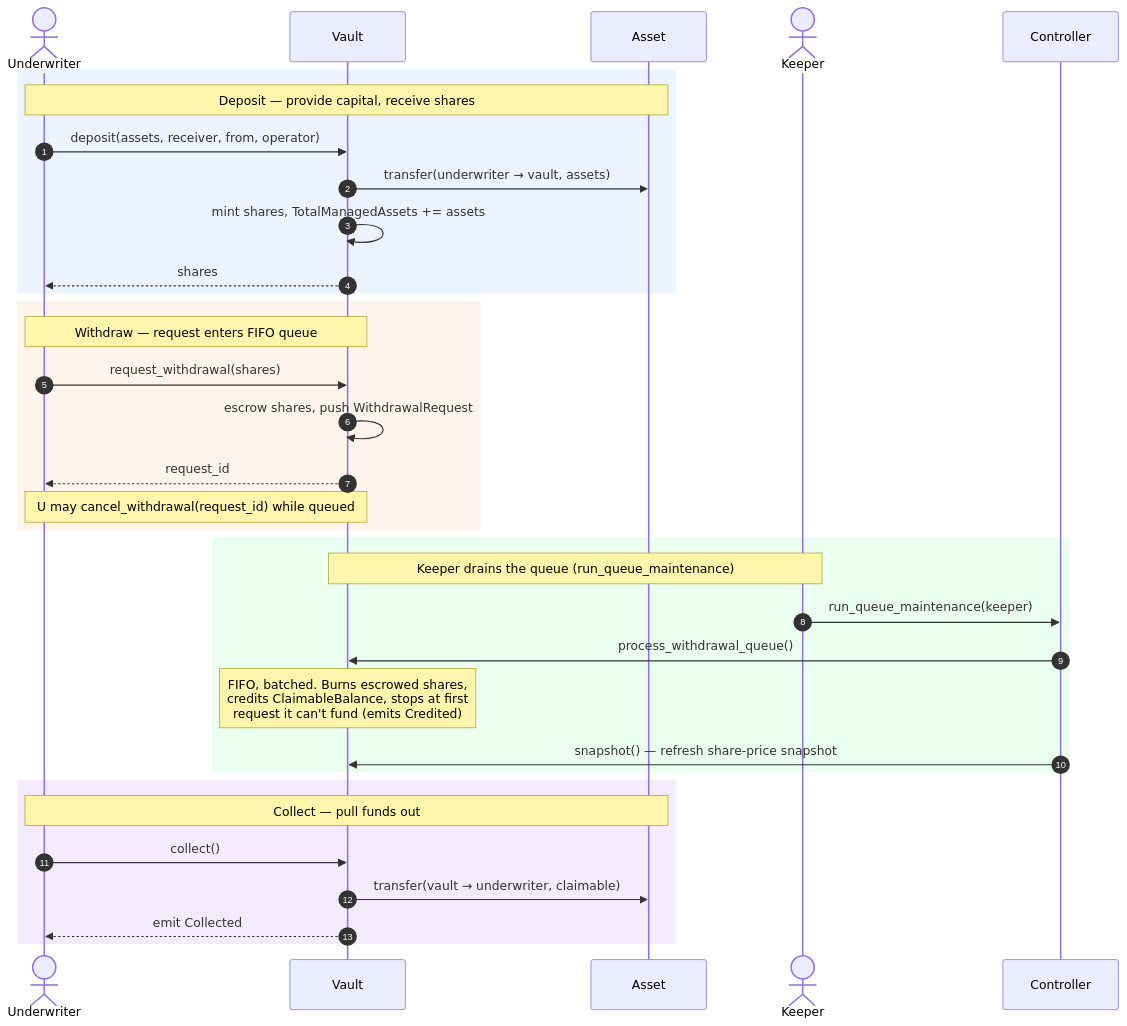
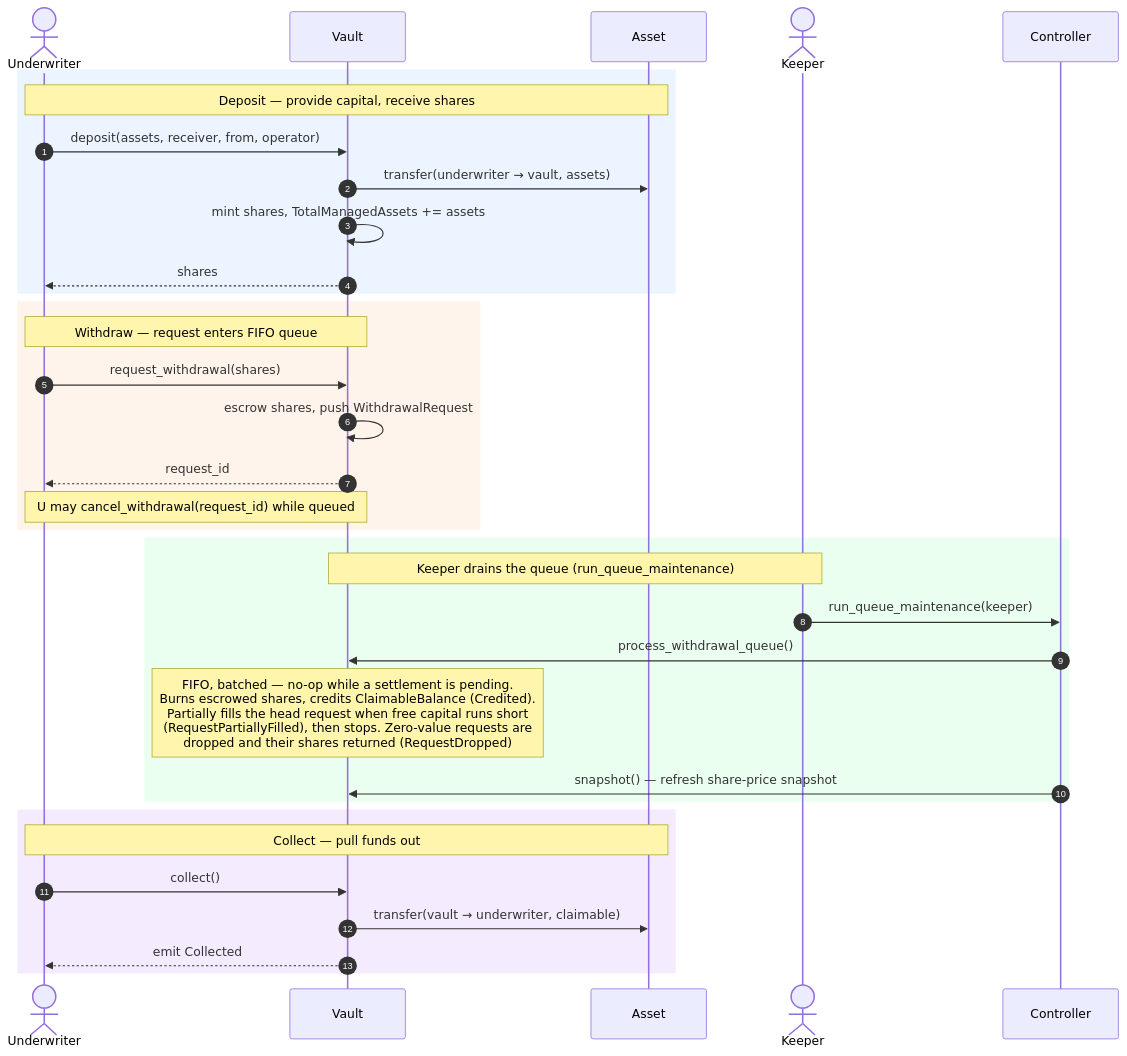
Before and after one commit to SentinelFi/sentinel_soroban_v3: the fourth of 6 diagrams in sequence_diagrams.md, drawn with Mermaid. The commit also changed other lines of this file and 16 other files, not shown here.

````diff
--- a/sequence_diagrams.md
+++ b/sequence_diagrams.md
@@ -170,40 +174,40 @@
 ```mermaid
 sequenceDiagram
     autonumber
     actor U as Underwriter
     participant Vault as Vault
     participant Asset as Asset
     actor Keeper
     participant Ctrl as Controller
 
     rect rgb(235, 244, 255)
     Note over U,Asset: Deposit — provide capital, receive shares
     U->>Vault: deposit(assets, receiver, from, operator)
     Vault->>Asset: transfer(underwriter → vault, assets)
     Vault->>Vault: mint shares, TotalManagedAssets += assets
     Vault-->>U: shares
     end
 
     rect rgb(255, 244, 235)
     Note over U,Vault: Withdraw — request enters FIFO queue
     U->>Vault: request_withdrawal(shares)
     Vault->>Vault: escrow shares, push WithdrawalRequest
     Vault-->>U: request_id
     Note over U,Vault: U may cancel_withdrawal(request_id) while queued
     end
 
     rect rgb(235, 255, 240)
     Note over Keeper,Vault: Keeper drains the queue (run_queue_maintenance)
     Keeper->>Ctrl: run_queue_maintenance(keeper)
     Ctrl->>Vault: process_withdrawal_queue()
-    Note over Vault: FIFO, batched. Burns escrowed shares,<br/>credits ClaimableBalance, stops at first<br/>request it can't fund (emits Credited)
+    Note over Vault: FIFO, batched — no-op while a settlement is pending.<br/>Burns escrowed shares, credits ClaimableBalance (Credited).<br/>Partially fills the head request when free capital runs short<br/>(RequestPartiallyFilled), then stops. Zero-value requests are<br/>dropped and their shares returned (RequestDropped)
     Ctrl->>Vault: snapshot() — refresh share-price snapshot
     end
 
     rect rgb(245, 235, 255)
     Note over U,Asset: Collect — pull funds out
     U->>Vault: collect()
     Vault->>Asset: transfer(vault → underwriter, claimable)
     Vault-->>U: emit Collected
     end
 ```
````
